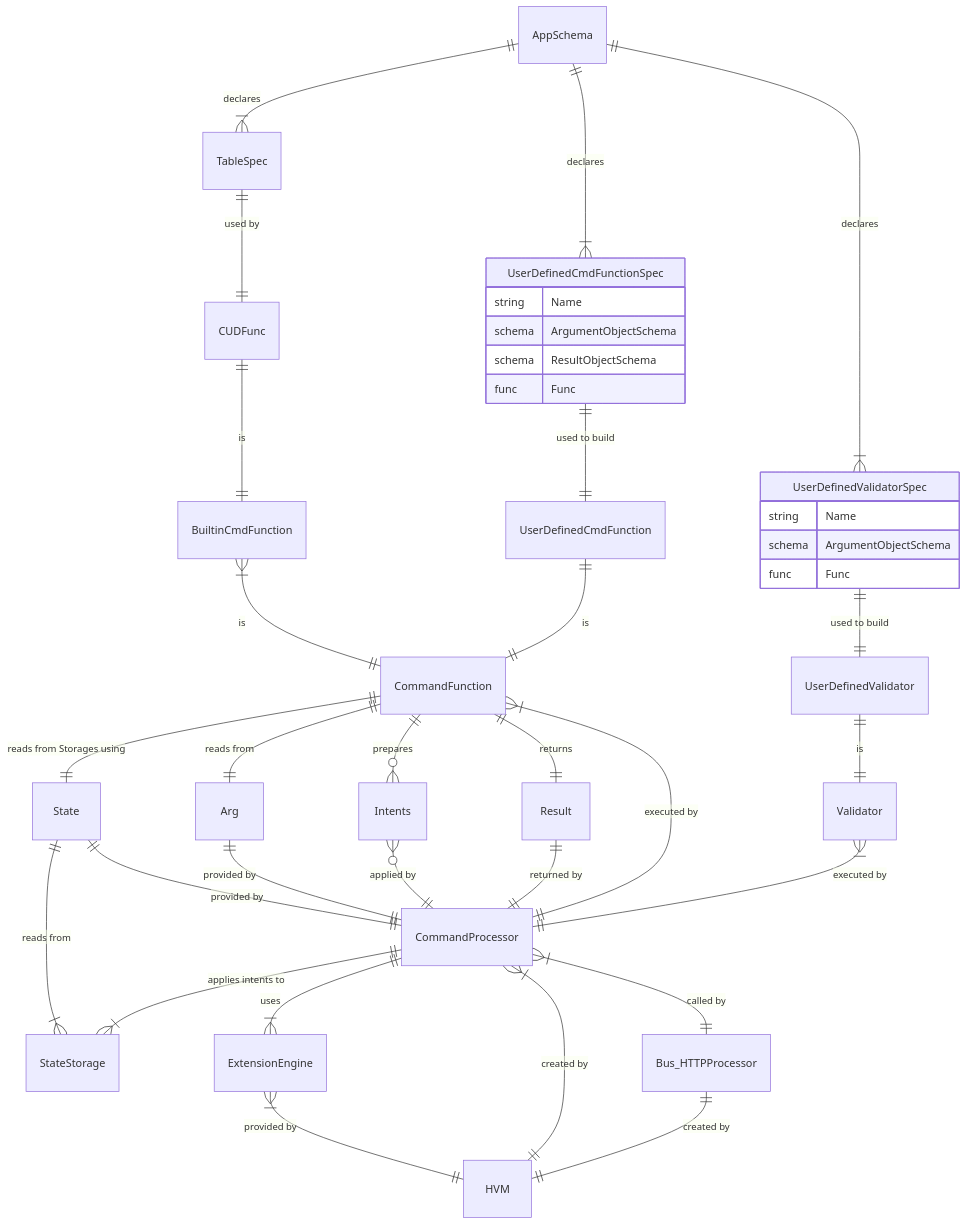
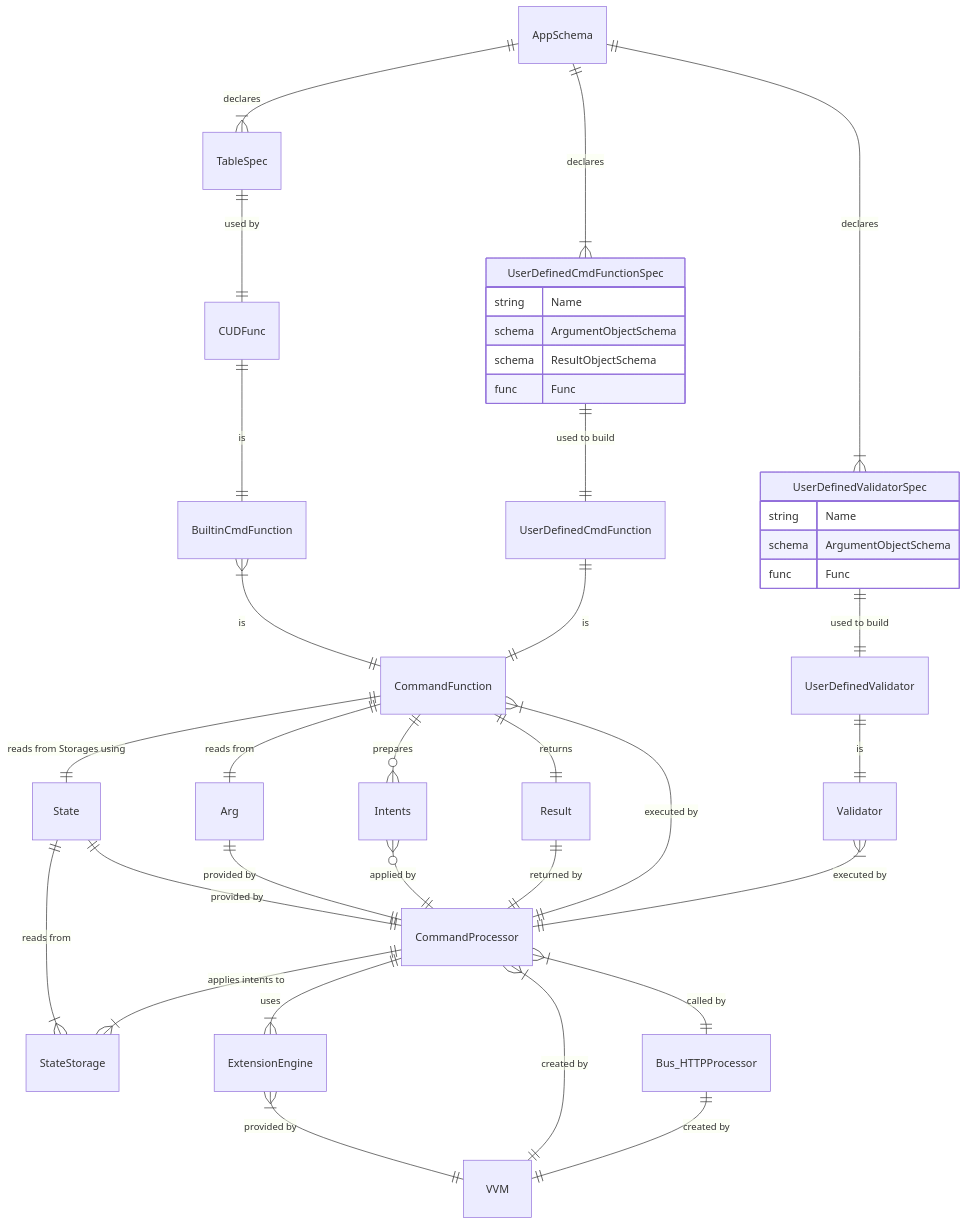
One commit to voedger/voedger changed the diagram in design/commandprocessor/README.md. Above: the diagram before and after it, drawn with Mermaid. The commit also changed other lines of this file and 11 other files, not shown here.

````diff
--- a/design/commandprocessor/README.md
+++ b/design/commandprocessor/README.md
@@ -3,41 +3,41 @@
 ```mermaid
 erDiagram
 AppSchema ||--|{ TableSpec: declares
 UserDefinedCmdFunctionSpec {
     string Name
     schema ArgumentObjectSchema
     schema ResultObjectSchema
     func Func
 }
 UserDefinedValidatorSpec {
     string Name
     schema ArgumentObjectSchema
     func Func
 }
 AppSchema ||--|{ UserDefinedCmdFunctionSpec: declares
 AppSchema ||--|{ UserDefinedValidatorSpec: declares
 UserDefinedCmdFunctionSpec ||--|| UserDefinedCmdFunction: "used to build"
 UserDefinedValidatorSpec ||--|| UserDefinedValidator: "used to build"
 UserDefinedValidator ||--|| Validator: is
 TableSpec ||--|| CUDFunc: "used by"
 CUDFunc ||--|| BuiltinCmdFunction: is
 BuiltinCmdFunction }|--|| CommandFunction: is
 UserDefinedCmdFunction ||--|| CommandFunction: is
 CommandFunction ||--|| State: "reads from Storages using"
 CommandFunction ||--|| Arg: "reads from"
 CommandFunction ||--o{ Intents: "prepares"
 CommandFunction ||--|| Result: "returns"
 Result ||--|| CommandProcessor: "returned by"
 Intents }o--|| CommandProcessor: "applied by"
 Arg ||--|| CommandProcessor: "provided by"
 State ||--|{ StateStorage: "reads from"
 State ||--|| CommandProcessor: "provided by"
 CommandFunction }|--|| CommandProcessor: "executed by"
 Validator }|--|| CommandProcessor: "executed by"
 CommandProcessor ||--|{ StateStorage: "applies intents to"
 CommandProcessor ||--|{ ExtensionEngine: uses
-ExtensionEngine }|--|| HVM: "provided by"
-CommandProcessor }|--|| HVM: "created by"
+ExtensionEngine }|--|| VVM: "provided by"
+CommandProcessor }|--|| VVM: "created by"
 CommandProcessor }|--|| Bus_HTTPProcessor: "called by"
-Bus_HTTPProcessor ||--|| HVM: "created by"
+Bus_HTTPProcessor ||--|| VVM: "created by"
 ```
````
